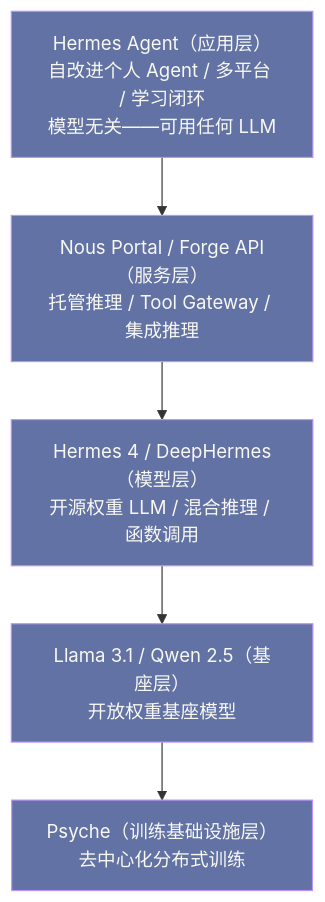
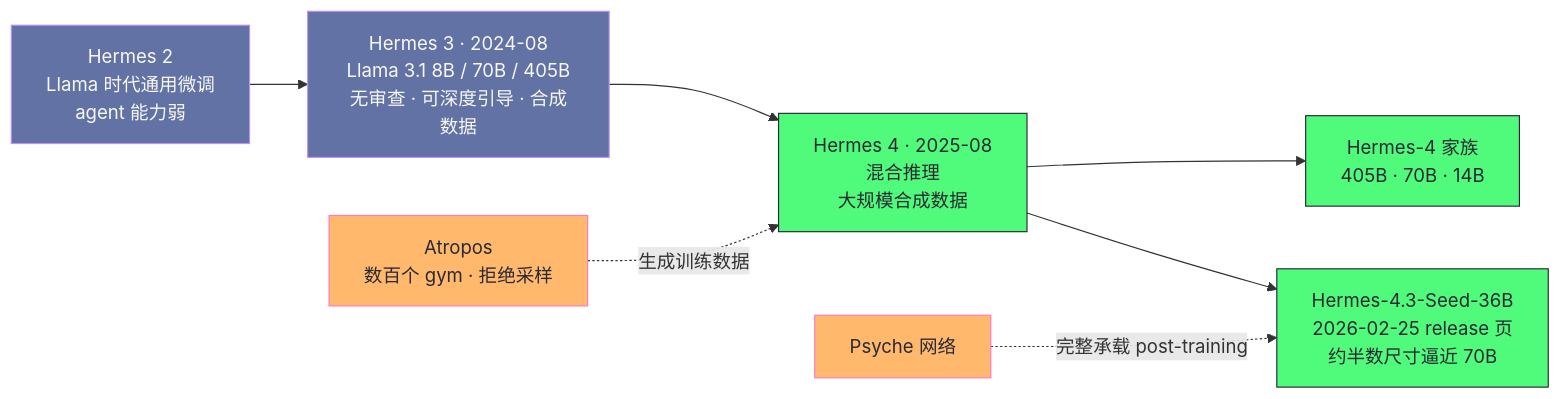
The second of 4 diagrams in content/LLM/Hermes-Agent/02 Nous Research 与 Hermes 模型谱系.md (hpliStartAgain/my-brain), drawn with Mermaid before and after one commit. The commit also changed other lines of this file and 259 other files, not shown here.

````diff
--- a/content/LLM/Hermes-Agent/02 Nous Research 与 Hermes 模型谱系.md
+++ b/content/LLM/Hermes-Agent/02 Nous Research 与 Hermes 模型谱系.md
@@ -367,14 +148,17 @@
 ```mermaid
 %%{init: {'theme': 'dracula'}}%%
-graph TD
-    A["Hermes Agent（应用层）<br/>自改进个人 Agent / 多平台 / 学习闭环<br/>模型无关——可用任何 LLM"]
-    B["Nous Portal / Forge API（服务层）<br/>托管推理 / Tool Gateway / 集成推理"]
-    C["Hermes 4 / DeepHermes（模型层）<br/>开源权重 LLM / 混合推理 / 函数调用"]
-    D["Llama 3.1 / Qwen 2.5（基座层）<br/>开放权重基座模型"]
-    E["Psyche（训练基础设施层）<br/>去中心化分布式训练"]
+graph LR
+    H2["Hermes 2<br/>Llama 时代通用微调<br/>agent 能力弱"] --> H3["Hermes 3 · 2024-08<br/>Llama 3.1 8B / 70B / 405B<br/>无审查 · 可深度引导 · 合成数据"]
+    H3 --> H4["Hermes 4 · 2025-08<br/>混合推理<br/>大规模合成数据"]
+    H4 --> H4A["Hermes-4 家族<br/>405B · 70B · 14B"]
+    H4 --> H43["Hermes-4.3-Seed-36B<br/>2026-02-25 release 页<br/>约半数尺寸逼近 70B"]
+    ATR["Atropos<br/>数百个 gym · 拒绝采样"] -.->|"生成训练数据"| H4
+    PSY["Psyche 网络"] -.->|"完整承载 post-training"| H43
 
-    A --> B --> C --> D --> E
-
-    classDef layer fill:#6272a4,stroke:#bd93f9,color:#f8f8f2
-    class A,B,C,D,E layer
+    classDef old fill:#6272a4,stroke:#bd93f9,color:#f8f8f2
+    classDef new fill:#50fa7b,stroke:#282a36,color:#282a36
+    classDef dep fill:#ffb86c,stroke:#ff79c6,color:#282a36
+    class H2,H3 old
+    class H4,H4A,H43 new
+    class ATR,PSY dep
 ```
````
